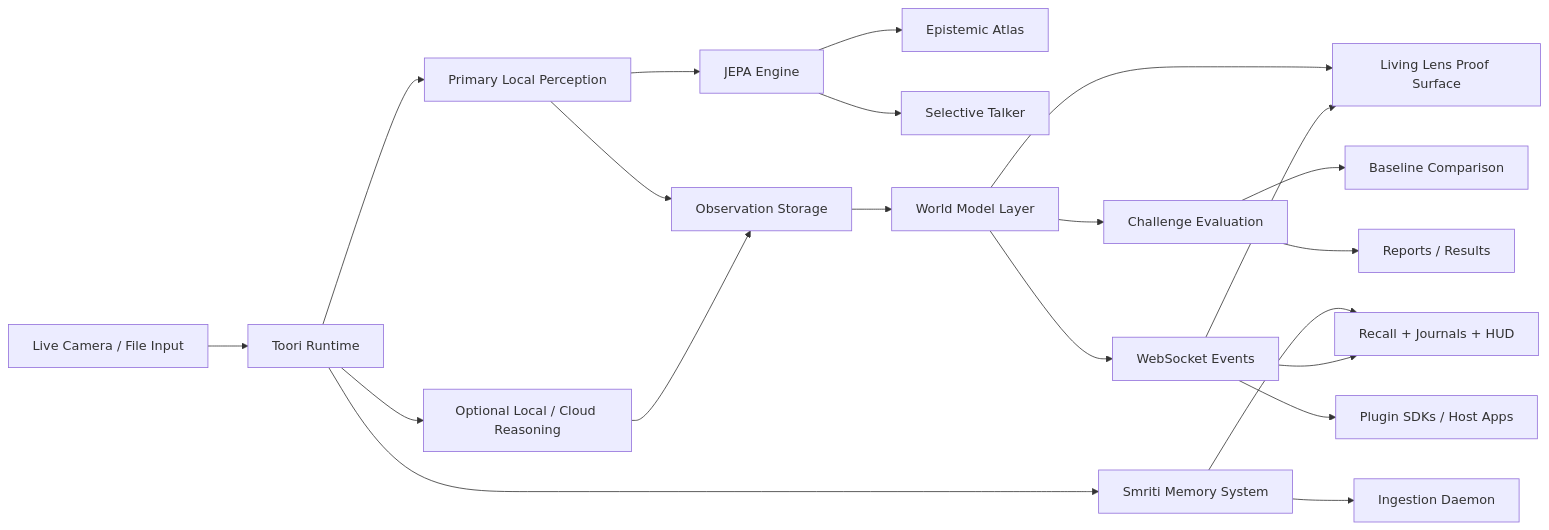
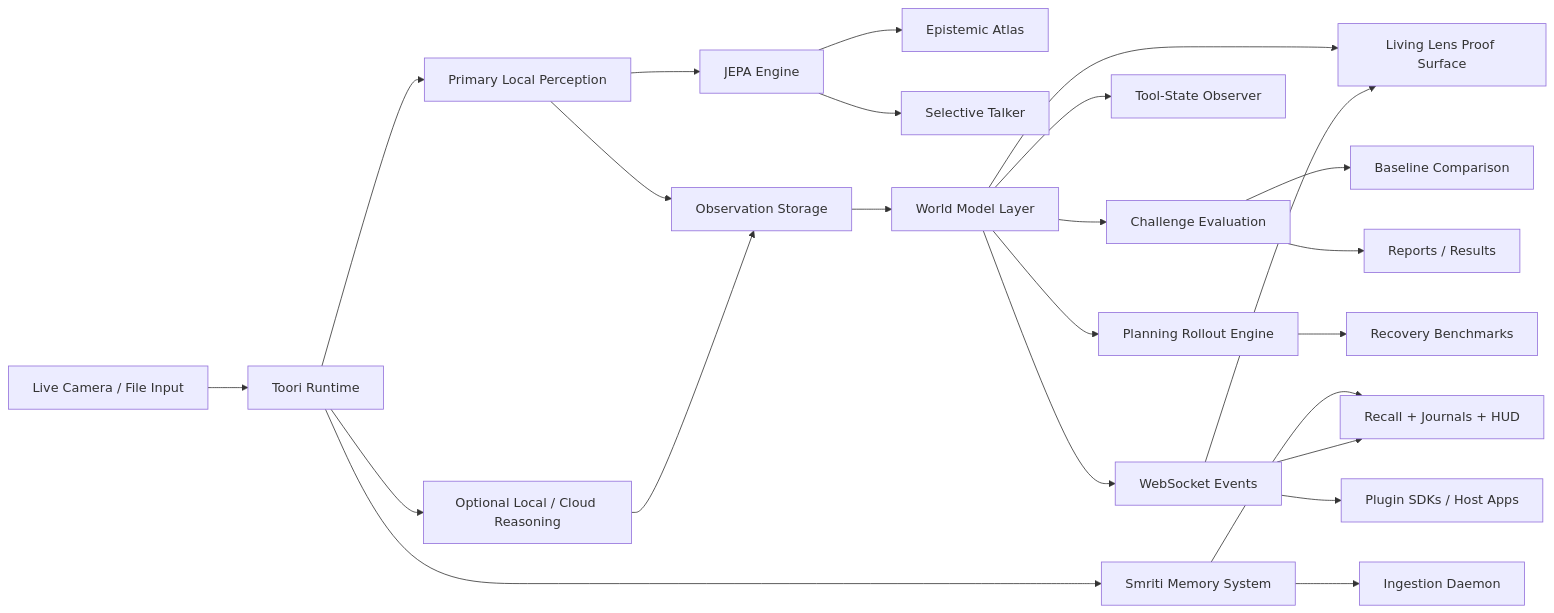
Before and after one commit to NeoOne601/Toori: the diagram in README.md, drawn with Mermaid. The commit also changed other lines of this file and 1 other file, not shown here.

First line of the commit message:
docs: update README and CLAUDE.md for Sprint 6 world model architecture

````diff
--- a/README.md
+++ b/README.md
@@ -125,23 +125,26 @@
 ```mermaid
 flowchart LR
   Camera["Live Camera / File Input"] --> Runtime["Toori Runtime"]
   Runtime --> Perception["Primary Local Perception"]
   Perception --> JEPA["JEPA Engine"]
   JEPA --> Atlas["Epistemic Atlas"]
   JEPA --> Talker["Selective Talker"]
   Perception --> Observation["Observation Storage"]
   Observation --> World["World Model Layer"]
   World --> Living["Living Lens Proof Surface"]
   World --> Challenge["Challenge Evaluation"]
   Challenge --> Compare["Baseline Comparison"]
+  World --> ToolState["Tool-State Observer"]
+  World --> Planning["Planning Rollout Engine"]
+  Planning --> Recovery["Recovery Benchmarks"]
   Runtime --> Reasoning["Optional Local / Cloud Reasoning"]
   Reasoning --> Observation
   Runtime --> Smriti["Smriti Memory System"]
   Smriti --> Ingestion["Ingestion Daemon"]
   Smriti --> Recall["Recall + Journals + HUD"]
   World --> Events["WebSocket Events"]
   Events --> Living
   Events --> Recall
   Events --> Plugins["Plugin SDKs / Host Apps"]
   Challenge --> Docs["Reports / Results"]
 ```
````
